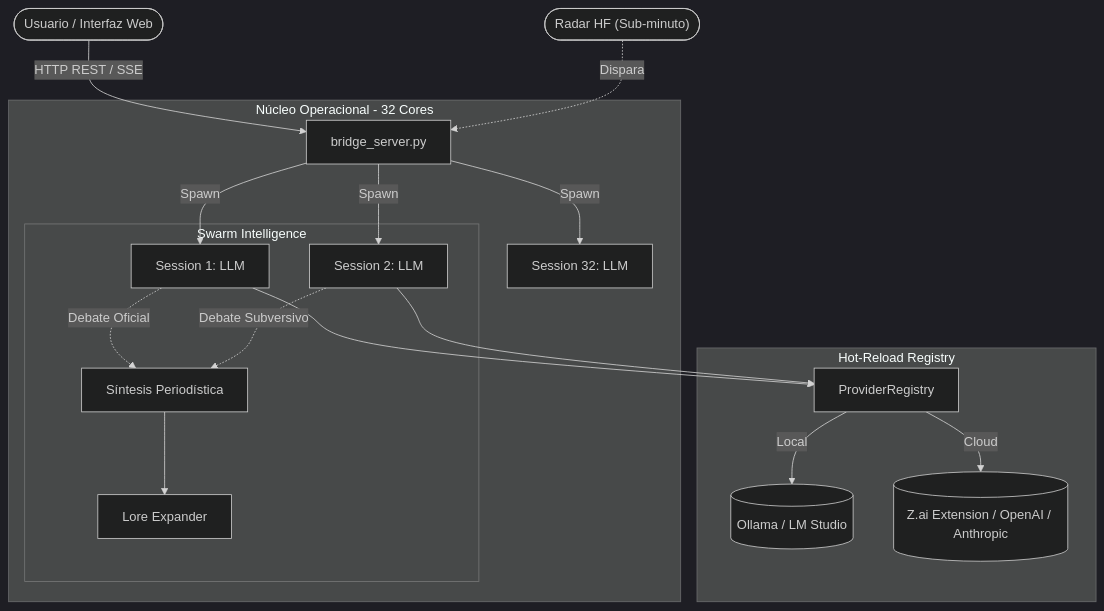
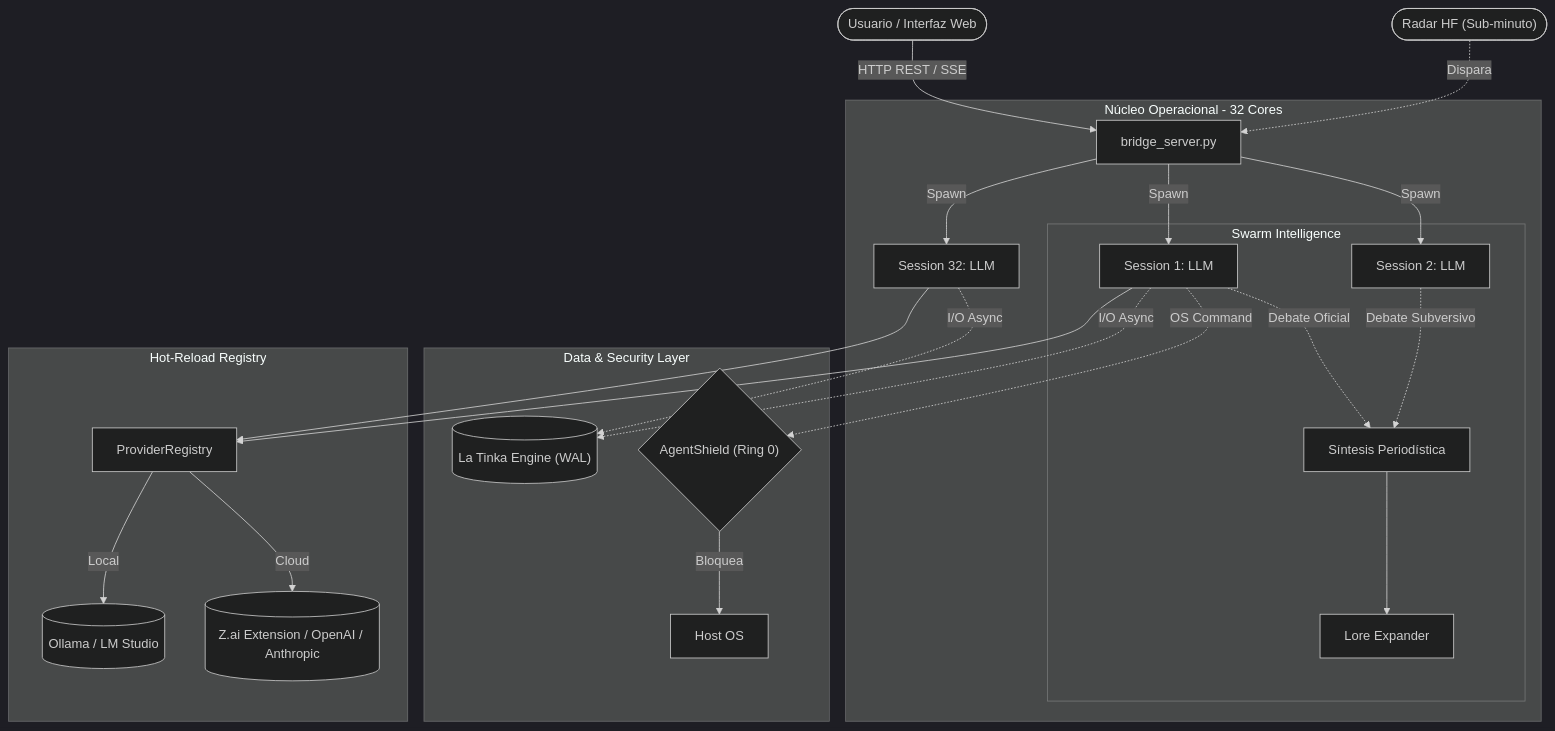
Before and after one commit to DarckRovert/Gravity_AI_bridge: the first of 2 diagrams in README.md, drawn with Mermaid (dark theme). The commit also changed other lines of this file, not shown here.

Commit message:
chore: Gravity AI Bridge V16.6 PRO [Diamond-Tier] - estabilizado 2026-06-28  7:38

````diff
--- a/README.md
+++ b/README.md
@@ -33,25 +33,32 @@
 ```mermaid
 graph TD
     User(["Usuario / Interfaz Web"]) -->|HTTP REST / SSE| Bridge["bridge_server.py"]
     Radar(["Radar HF (Sub-minuto)"]) -.->|Dispara| Bridge
     
     subgraph Gravity Core [Núcleo Operacional - 32 Cores]
         Bridge -->|Spawn| Worker1[Session 1: LLM]
         Bridge -->|Spawn| Worker2[Session 2: LLM]
         Bridge -->|Spawn| WorkerN[Session 32: LLM]
         
         subgraph Swarm Intelligence
             Worker1 -.->|Debate Oficial| Editor
             Worker2 -.->|Debate Subversivo| Editor
             Editor[Síntesis Periodística] --> Lore[Lore Expander]
         end
     end
     
+    subgraph Data & Security Layer
+        Worker1 -.->|I/O Async| Tinka[("La Tinka Engine (WAL)")]
+        WorkerN -.->|I/O Async| Tinka
+        Worker1 -.->|OS Command| Shield{"AgentShield (Ring 0)"}
+        Shield -->|Bloquea| OS["Host OS"]
+    end
+    
     subgraph Hot-Reload Registry
         Registry["ProviderRegistry"] -->|Local| Ollama[("Ollama / LM Studio")]
         Registry -->|Cloud| Cloud[("Z.ai Extension / OpenAI / Anthropic")]
     end
     
     Worker1 --> Registry
-    Worker2 --> Registry
+    WorkerN --> Registry
 ```
````
